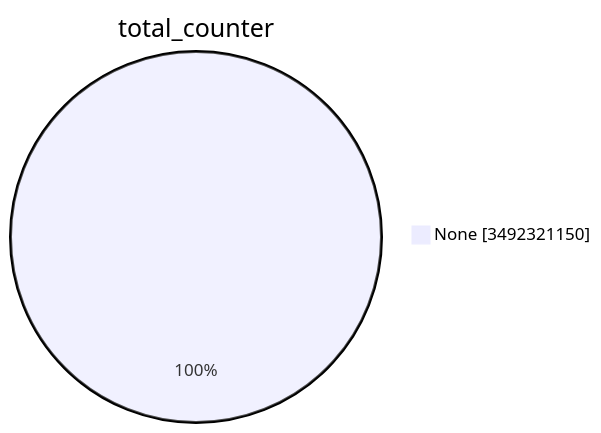
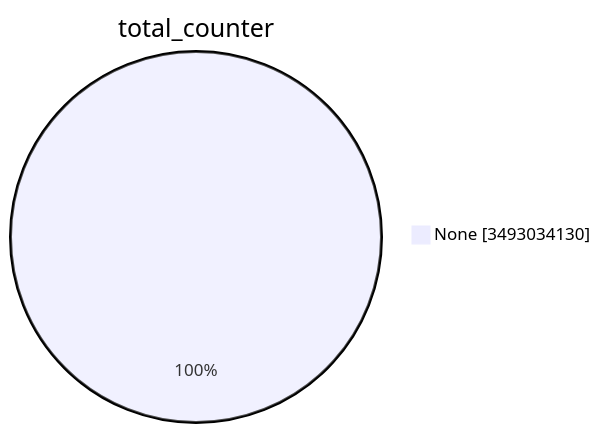
The first of 15 diagrams in TOTAL/README.md (christiankrug/ctmonitor_visualization), drawn with Mermaid before and after one commit. The commit also changed other lines of this file, not shown here.

````diff
--- a/TOTAL/README.md
+++ b/TOTAL/README.md
@@ -1,5 +1,5 @@
 ```mermaid
 pie showData
 title total_counter
-"None" :3492321150
+"None" :3493034130
 ```
````
